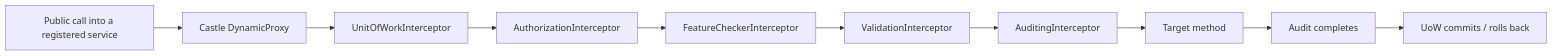
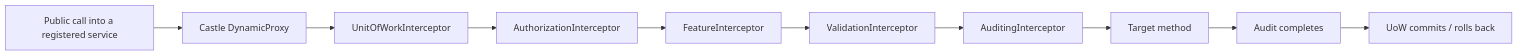
The third of 3 diagrams in overview/architecture.mdx (mintlify-atlas/docs-wiki-60b60106), drawn with Mermaid before and after one commit. The commit also changed other lines of this file and 36 other files, not shown here.

````diff
--- a/overview/architecture.mdx
+++ b/overview/architecture.mdx
@@ -217,12 +217,12 @@
 ```mermaid
 graph LR
     Call[Public call into a registered service] --> Proxy[Castle DynamicProxy]
     Proxy --> UoW[UnitOfWorkInterceptor]
     UoW --> Auth[AuthorizationInterceptor]
-    Auth --> Feat[FeatureCheckerInterceptor]
+    Auth --> Feat[FeatureInterceptor]
     Feat --> Val[ValidationInterceptor]
     Val --> Audit[AuditingInterceptor]
     Audit --> Target[Target method]
     Target --> Audit2[Audit completes]
     Audit2 --> UoW2[UoW commits / rolls back]
 ```
````
